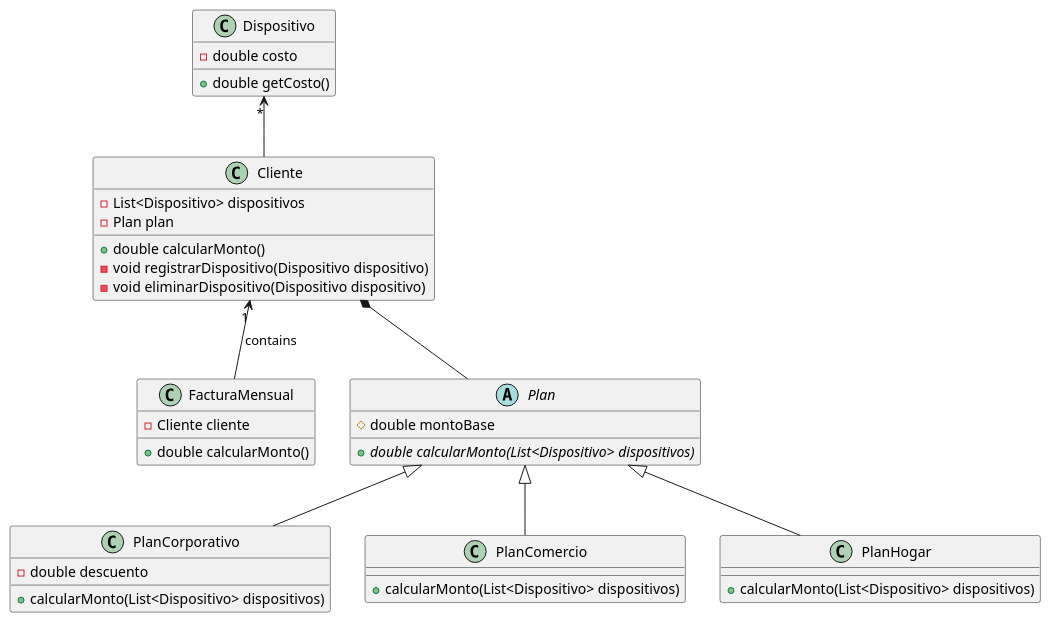
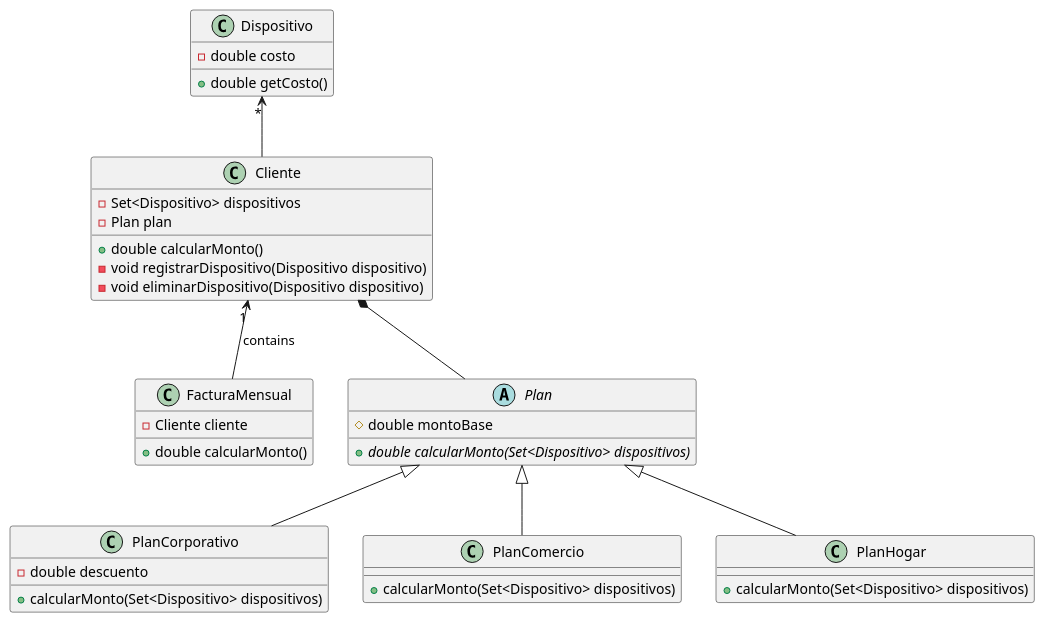
The diagram in src/smartlife-class-diagram.puml (fonsecanico/dds-practica-e1-smartlife), drawn with PlantUML before and after one commit. The commit also changed 1 other file, not shown here.

```diff
--- a/src/smartlife-class-diagram.puml
+++ b/src/smartlife-class-diagram.puml
@@ -1,46 +1,46 @@
 @startuml
 'https://plantuml.com/class-diagram
 
 class FacturaMensual
 {
 - Cliente cliente
 + double calcularMonto()
 }
 
 class Cliente {
-- List<Dispositivo> dispositivos
+- Set<Dispositivo> dispositivos
 - Plan plan
 + double calcularMonto()
 - void registrarDispositivo(Dispositivo dispositivo)
 - void eliminarDispositivo(Dispositivo dispositivo)
 }
 
 class Dispositivo
 {
 - double costo
 + double getCosto()
 }
 
 abstract class Plan {
 # double montoBase
-+ {abstract} double calcularMonto(List<Dispositivo> dispositivos)
++ {abstract} double calcularMonto(Set<Dispositivo> dispositivos)
 }
 
 class PlanCorporativo {
 - double descuento
-+ calcularMonto(List<Dispositivo> dispositivos)
++ calcularMonto(Set<Dispositivo> dispositivos)
 }
 class PlanComercio {
-+ calcularMonto(List<Dispositivo> dispositivos)
++ calcularMonto(Set<Dispositivo> dispositivos)
 }
 class PlanHogar {
-+ calcularMonto(List<Dispositivo> dispositivos)
++ calcularMonto(Set<Dispositivo> dispositivos)
 }
 
 Cliente *-- Plan
 Plan <|-- PlanCorporativo
 Plan <|-- PlanComercio
 Plan <|-- PlanHogar
 Cliente "1"<-- FacturaMensual : contains
 Dispositivo "*" <-- Cliente
 @enduml
```
